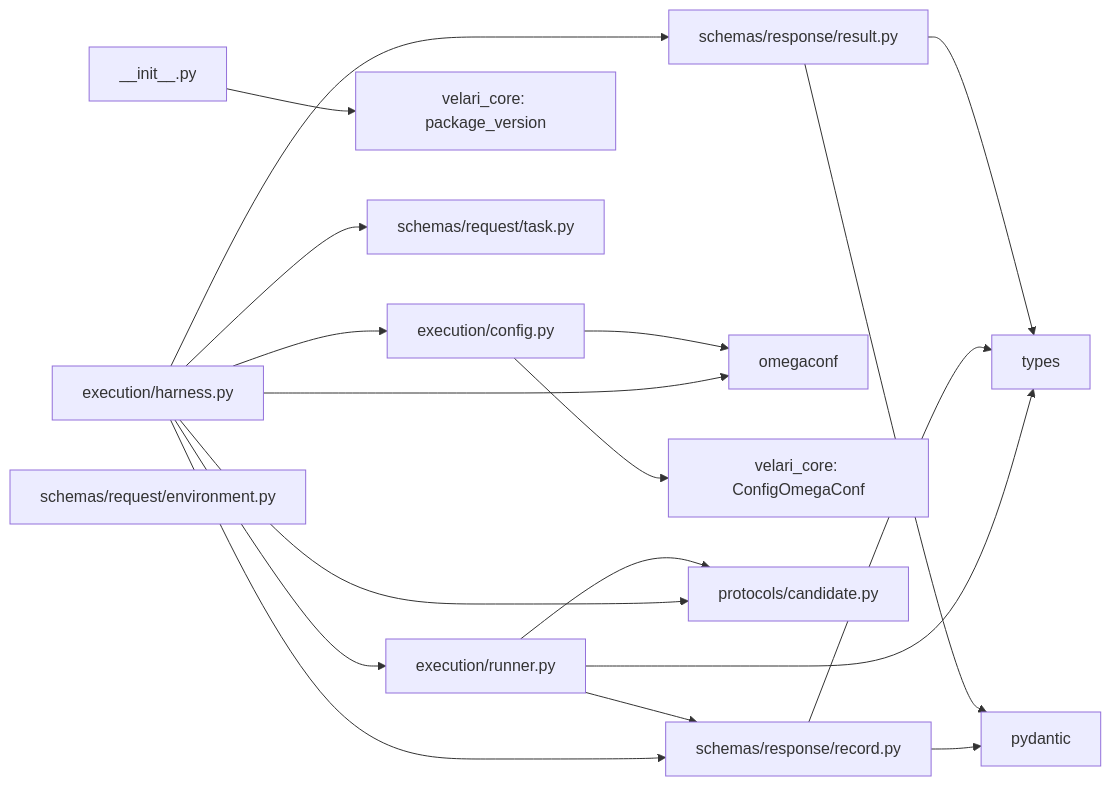
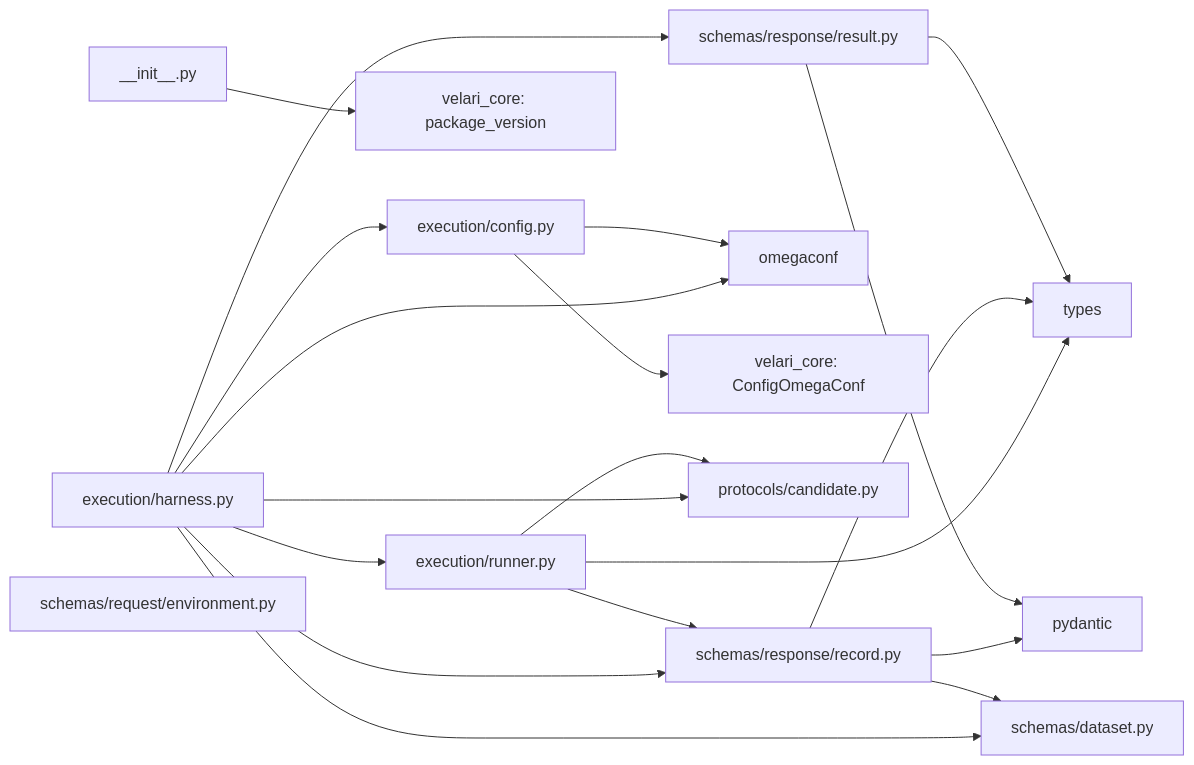
One commit to akamlani/velari-suite changed the first of 2 diagrams in docs/packages/velari-harness/architecture/architecture.md. Above: the diagram before and after it, drawn with Mermaid. The commit also changed other lines of this file and 16 other files, not shown here.

````diff
--- a/docs/packages/velari-harness/architecture/architecture.md
+++ b/docs/packages/velari-harness/architecture/architecture.md
@@ -30,23 +30,24 @@
 ```mermaid
 graph LR
     harness["execution/harness.py"] --> config["execution/config.py"]
     harness --> result["schemas/response/result.py"]
     result --> types
     result --> pydantic["pydantic"]
     config --> omegaconf["omegaconf"]
     config --> core["velari_core: ConfigOmegaConf"]
     harness --> omegaconf
     init["__init__.py"] --> core2["velari_core: package_version"]
     candidate["protocols/candidate.py"]
-    task["schemas/request/task.py"]
+    dataset["schemas/dataset.py"]
     environment["schemas/request/environment.py"]
     record["schemas/response/record.py"] --> types
+    record --> dataset
     record --> pydantic
     runner["execution/runner.py"] --> candidate
     runner --> record
     runner --> types
     harness --> runner
-    harness --> task
+    harness --> dataset
     harness --> candidate
     harness --> record
 ```
````
